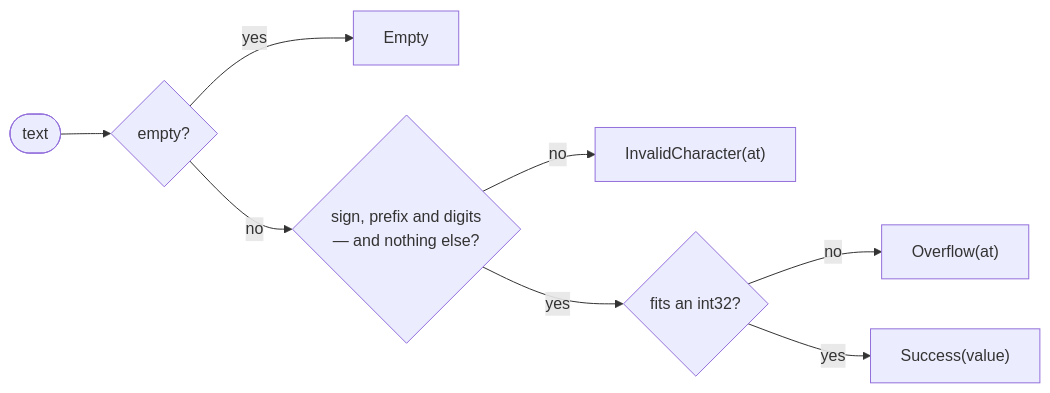
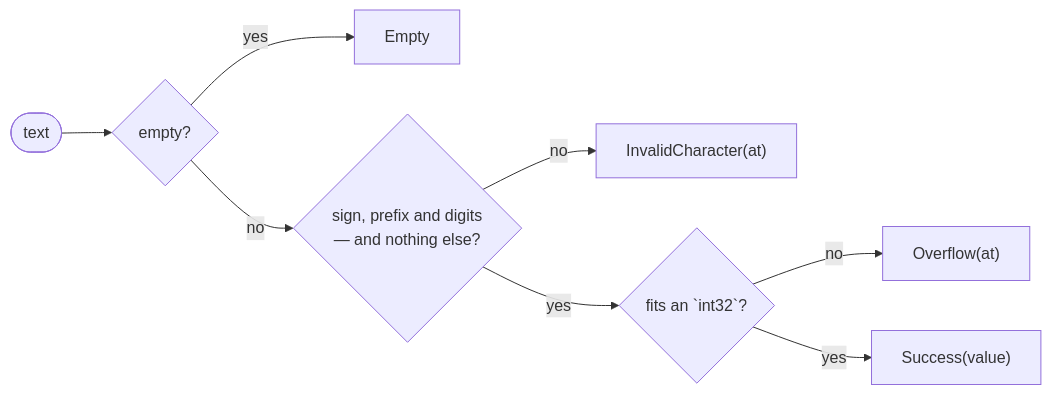
The diagram in content/docs/1.learn/14.text/12.parse.md (rux-lang/Web), drawn with Mermaid before and after one commit. The commit also changed 187 other files, not shown here.

First line of the commit message:
Draw the Learn diagrams for phones, with code in the mono face

````diff
--- a/content/docs/1.learn/14.text/12.parse.md
+++ b/content/docs/1.learn/14.text/12.parse.md
@@ -83,10 +83,10 @@
 ```mermaid
 flowchart LR
-    t(["text"]) --> e{"empty?"}
-    e -- "yes" --> E["Empty"]
+    t(["`text`"]) --> e{"empty?"}
+    e -- "yes" --> E["`Empty`"]
     e -- "no" --> d{"sign, prefix and digits<br/>— and nothing else?"}
-    d -- "no" --> I["InvalidCharacter(at)"]
-    d -- "yes" --> f{"fits an int32?"}
-    f -- "no" --> O["Overflow(at)"]
-    f -- "yes" --> S["Success(value)"]
+    d -- "no" --> I["`InvalidCharacter(at)`"]
+    d -- "yes" --> f{"fits an `int32`?"}
+    f -- "no" --> O["`Overflow(at)`"]
+    f -- "yes" --> S["`Success(value)`"]
 ```
````
